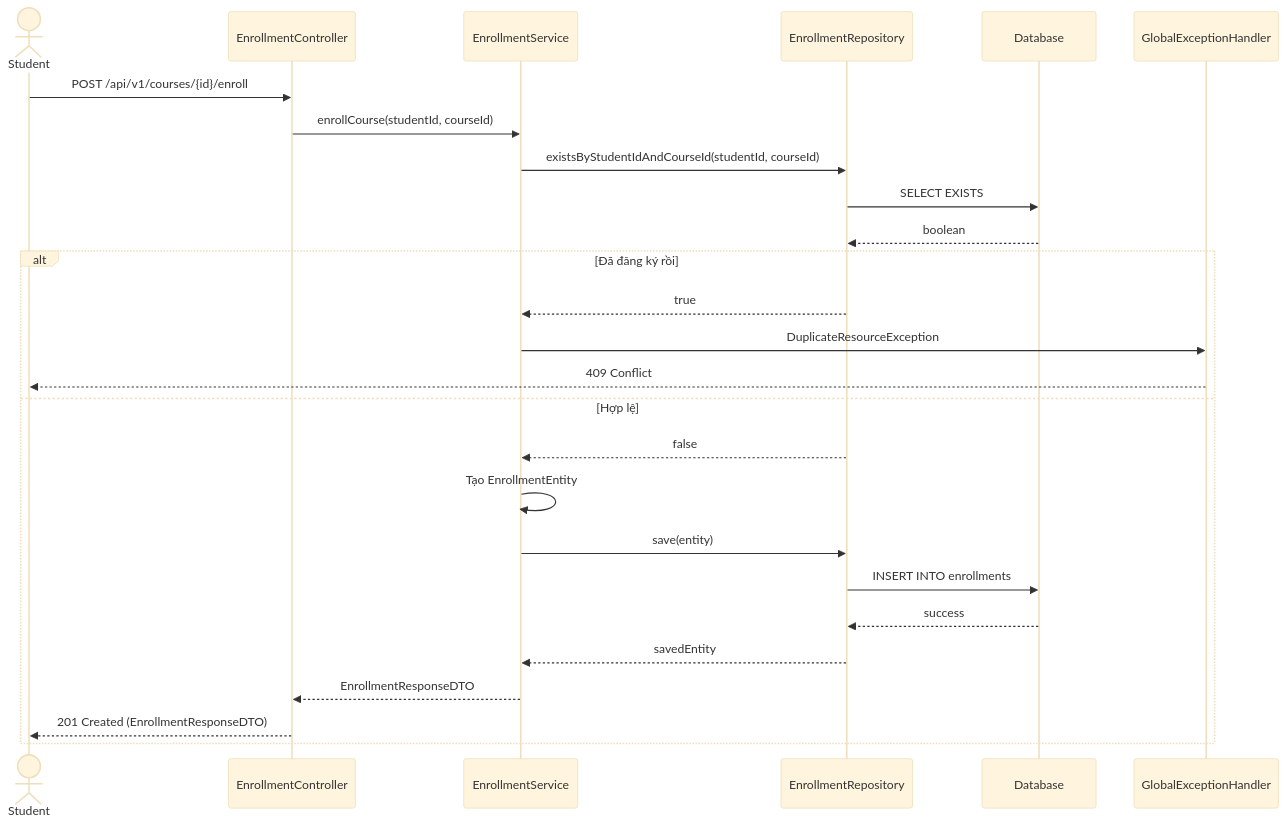
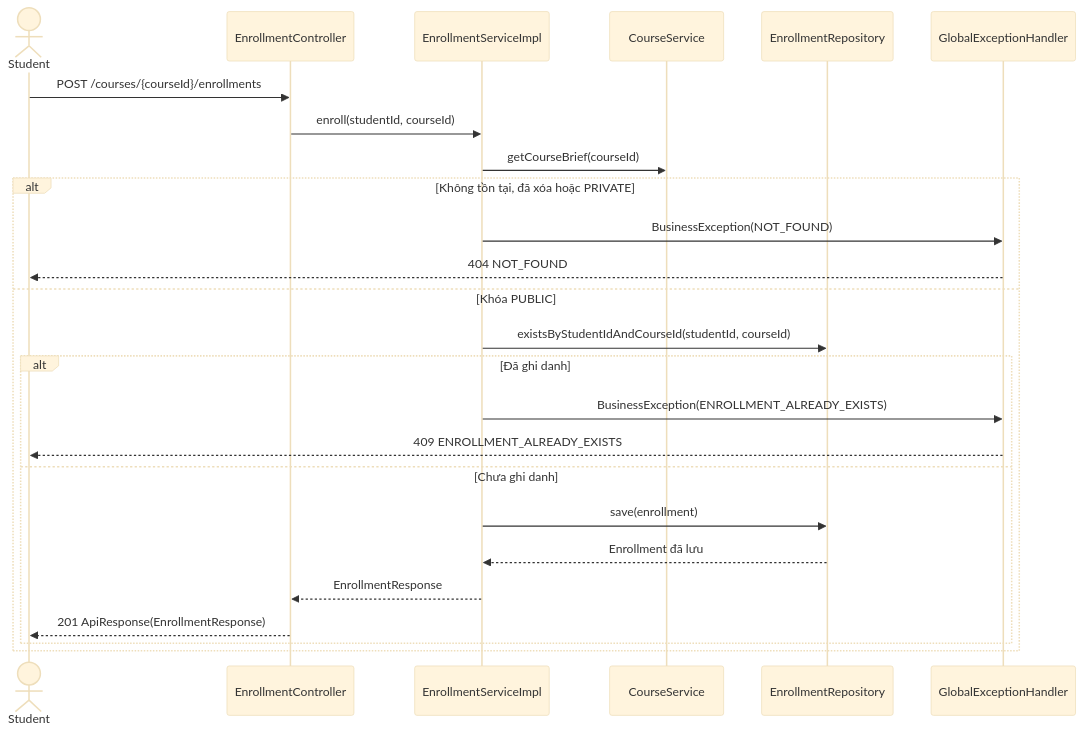
One commit to dungcony/e-learn changed the first of 2 diagrams in docs/design/learning/api.md. Above: the diagram before and after it, drawn with Mermaid (base theme). The commit also changed other lines of this file and 15 other files, not shown here.

````diff
--- a/docs/design/learning/api.md
+++ b/docs/design/learning/api.md
@@ -13,31 +48,29 @@
 ```mermaid
 sequenceDiagram
     actor Student
     participant Ctrl as EnrollmentController
-    participant Svc as EnrollmentService
+    participant Svc as EnrollmentServiceImpl
+    participant Course as CourseService
     participant Repo as EnrollmentRepository
-    participant DB as Database
     participant Handler as GlobalExceptionHandler
 
-    Student->>Ctrl: POST /api/v1/courses/{id}/enroll
-    Ctrl->>Svc: enrollCourse(studentId, courseId)
-    
-    Svc->>Repo: existsByStudentIdAndCourseId(studentId, courseId)
-    Repo->>DB: SELECT EXISTS
-    DB-->>Repo: boolean
-    
-    alt Đã đăng ký rồi
-        Repo-->>Svc: true
-        Svc->>Handler: DuplicateResourceException
-        Handler-->>Student: 409 Conflict
-    else Hợp lệ
-        Repo-->>Svc: false
-        Svc->>Svc: Tạo EnrollmentEntity
-        Svc->>Repo: save(entity)
-        Repo->>DB: INSERT INTO enrollments
-        DB-->>Repo: success
-        Repo-->>Svc: savedEntity
-        Svc-->>Ctrl: EnrollmentResponseDTO
-        Ctrl-->>Student: 201 Created (EnrollmentResponseDTO)
+    Student->>Ctrl: POST /courses/{courseId}/enrollments
+    Ctrl->>Svc: enroll(studentId, courseId)
+    Svc->>Course: getCourseBrief(courseId)
+
+    alt Không tồn tại, đã xóa hoặc PRIVATE
+        Svc->>Handler: BusinessException(NOT_FOUND)
+        Handler-->>Student: 404 NOT_FOUND
+    else Khóa PUBLIC
+        Svc->>Repo: existsByStudentIdAndCourseId(studentId, courseId)
+        alt Đã ghi danh
+            Svc->>Handler: BusinessException(ENROLLMENT_ALREADY_EXISTS)
+            Handler-->>Student: 409 ENROLLMENT_ALREADY_EXISTS
+        else Chưa ghi danh
+            Svc->>Repo: save(enrollment)
+            Repo-->>Svc: Enrollment đã lưu
+            Svc-->>Ctrl: EnrollmentResponse
+            Ctrl-->>Student: 201 ApiResponse(EnrollmentResponse)
+        end
     end
 ```
````
